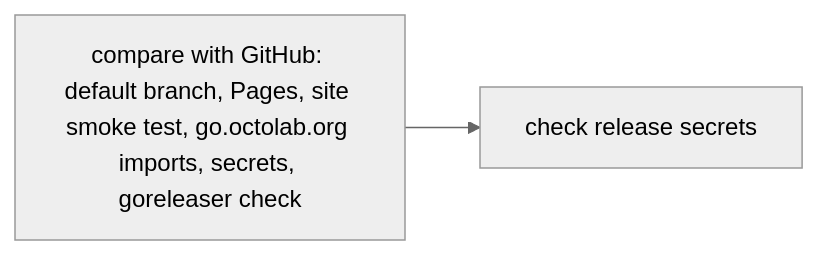
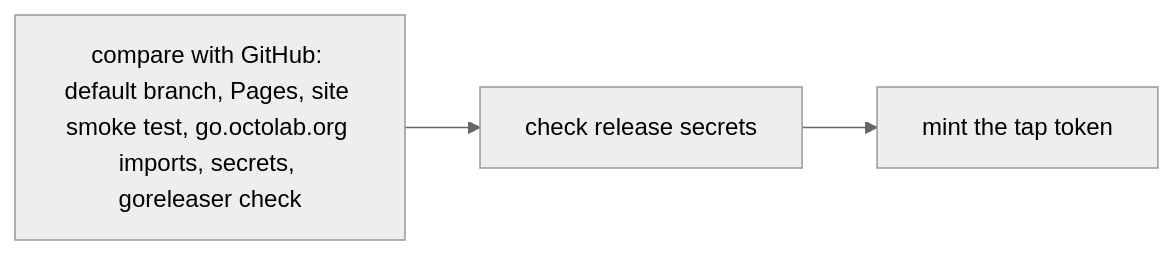
Before and after one commit to octopot/indexit: the sixth of 10 diagrams in .github/workflows/README.md, drawn with Mermaid (neutral theme). The commit also changed other lines of this file and 5 other files, not shown here.

Commit message:
fix(ci/cd): mint the tap token from a GitHub App, refs #108

````diff
--- a/.github/workflows/README.md
+++ b/.github/workflows/README.md
@@ -142,4 +147,4 @@
 ```mermaid
 flowchart LR
-  doctor[compare with GitHub: default branch, Pages, site smoke test, go.octolab.org imports, secrets, goreleaser check] --> preflight[check release secrets]
+  doctor[compare with GitHub: default branch, Pages, site smoke test, go.octolab.org imports, secrets, goreleaser check] --> preflight[check release secrets] --> token[mint the tap token]
 ```
````
